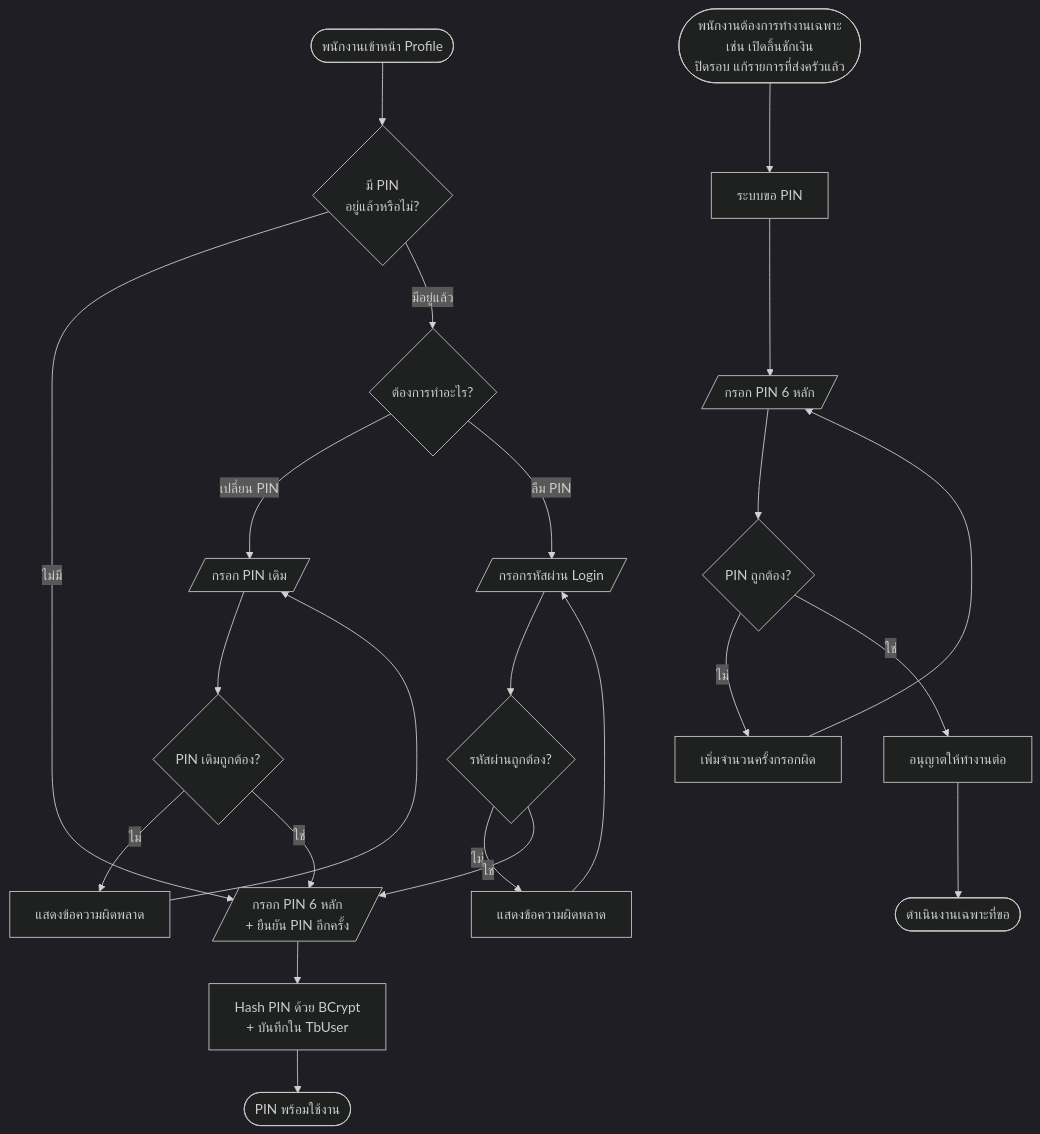
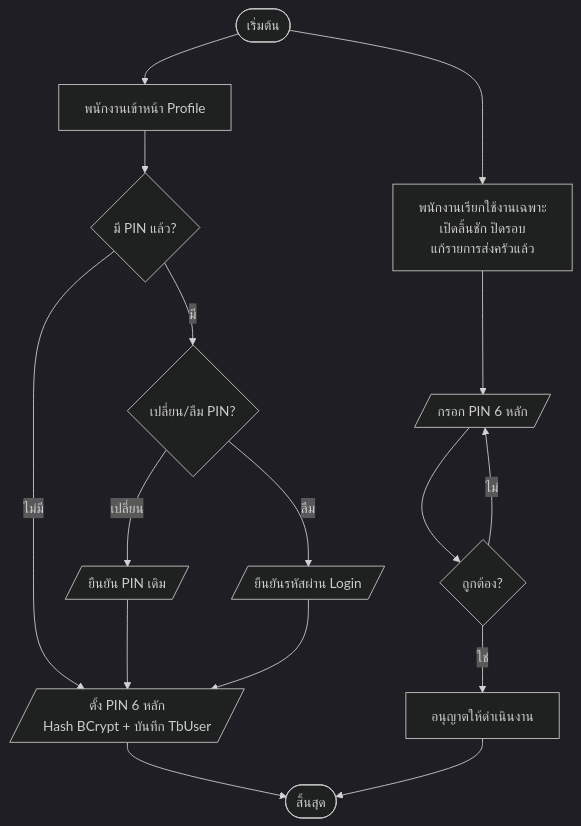
Diagram 12 of 28 in doc/report/05-chapter-3-design.md (TurkPhakim/RBMS-POS-Website), drawn with Mermaid (dark theme) before and after one commit. The commit also changed other lines of this file and 7 other files, not shown here.

````diff
--- a/doc/report/05-chapter-3-design.md
+++ b/doc/report/05-chapter-3-design.md
@@ -574,25 +538,18 @@
 ```mermaid
 flowchart TD
-    A([พนักงานเข้าหน้า Profile]) --> B{มี PIN<br/>อยู่แล้วหรือไม่?}
-    B -- ไม่มี --> C[/กรอก PIN 6 หลัก<br/>+ ยืนยัน PIN อีกครั้ง/]
-    C --> D[Hash PIN ด้วย BCrypt<br/>+ บันทึกใน TbUser]
-    D --> E([PIN พร้อมใช้งาน])
-    B -- มีอยู่แล้ว --> F{ต้องการทำอะไร?}
-    F -- เปลี่ยน PIN --> G[/กรอก PIN เดิม/]
-    G --> H{PIN เดิมถูกต้อง?}
-    H -- ไม่ --> I[แสดงข้อความผิดพลาด]
-    I --> G
-    H -- ใช่ --> C
-    F -- ลืม PIN --> J[/กรอกรหัสผ่าน Login/]
-    J --> K{รหัสผ่านถูกต้อง?}
-    K -- ไม่ --> L[แสดงข้อความผิดพลาด]
-    L --> J
-    K -- ใช่ --> C
-    M([พนักงานต้องการทำงานเฉพาะ<br/>เช่น เปิดลิ้นชักเงิน<br/>ปิดรอบ แก้รายการที่ส่งครัวแล้ว]) --> N[ระบบขอ PIN]
-    N --> O[/กรอก PIN 6 หลัก/]
-    O --> P{PIN ถูกต้อง?}
-    P -- ไม่ --> Q[เพิ่มจำนวนครั้งกรอกผิด]
-    Q --> O
-    P -- ใช่ --> R[อนุญาตให้ทำงานต่อ]
-    R --> S([ดำเนินงานเฉพาะที่ขอ])
+    Start([เริ่มต้น]) --> A[พนักงานเข้าหน้า Profile]
+    Start --> M[พนักงานเรียกใช้งานเฉพาะ<br/>เปิดลิ้นชัก ปิดรอบ<br/>แก้รายการส่งครัวแล้ว]
+    A --> B{มี PIN แล้ว?}
+    B -- ไม่มี --> C[/ตั้ง PIN 6 หลัก<br/>Hash BCrypt + บันทึก TbUser/]
+    B -- มี --> D{เปลี่ยน/ลืม PIN?}
+    D -- เปลี่ยน --> E[/ยืนยัน PIN เดิม/]
+    D -- ลืม --> F[/ยืนยันรหัสผ่าน Login/]
+    E --> C
+    F --> C
+    M --> G[/กรอก PIN 6 หลัก/]
+    G --> H{ถูกต้อง?}
+    H -- ไม่ --> G
+    H -- ใช่ --> I[อนุญาตให้ดำเนินงาน]
+    C --> End([สิ้นสุด])
+    I --> End
 ```
````
